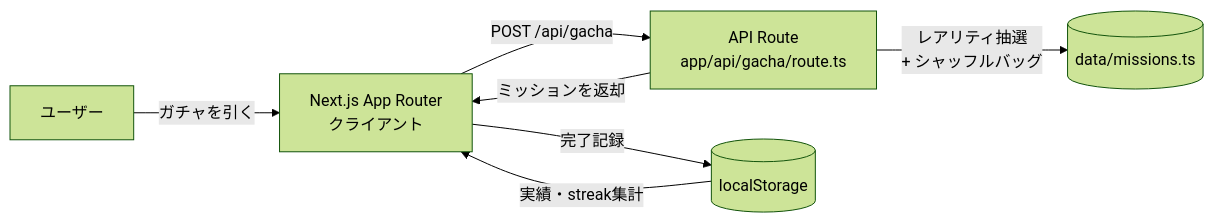
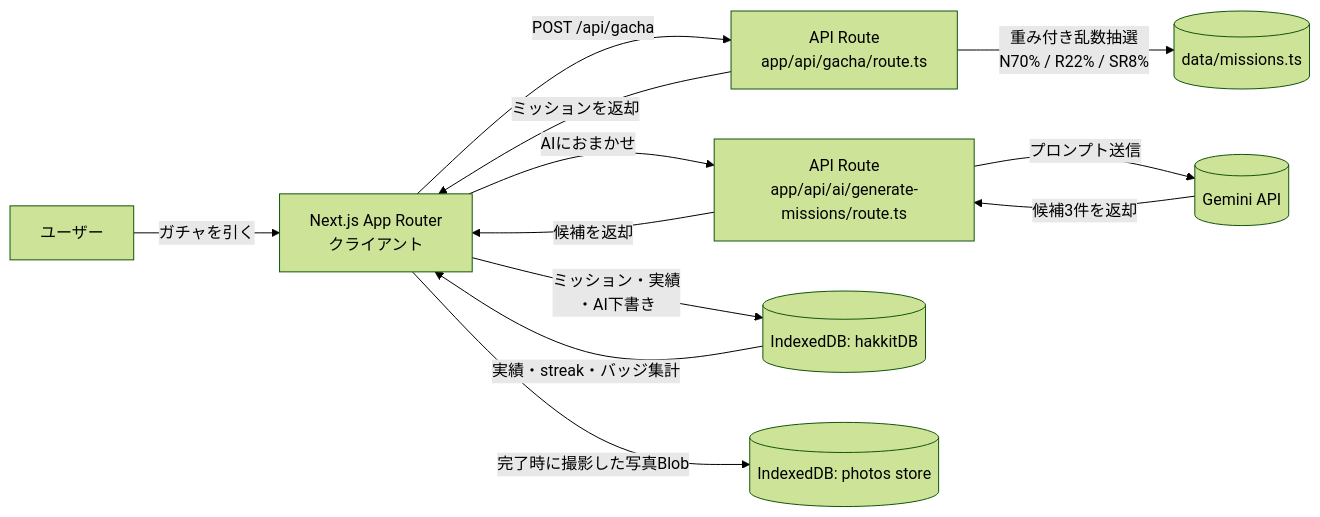
The diagram in README.md (SatouYuusei0704/hakkit), drawn with Mermaid (forest theme) before and after one commit. The commit also changed other lines of this file, not shown here.

````diff
--- a/README.md
+++ b/README.md
@@ -24,9 +24,17 @@
 ```mermaid
 flowchart LR
   User[ユーザー] -->|ガチャを引く| Client[Next.js App Router\nクライアント]
-  Client -->|POST /api/gacha| API[API Route\napp/api/gacha/route.ts]
-  API -->|レアリティ抽選\n+ シャッフルバッグ| Missions[(data/missions.ts)]
-  API -->|ミッションを返却| Client
-  Client -->|完了記録| LocalStorage[(localStorage)]
-  LocalStorage -->|実績・streak集計| Client
+
+  Client -->|POST /api/gacha| GachaAPI[API Route\napp/api/gacha/route.ts]
+  GachaAPI -->|重み付き乱数抽選\nN70% / R22% / SR8%| Missions[(data/missions.ts)]
+  GachaAPI -->|ミッションを返却| Client
+
+  Client -->|AIにおまかせ| AiAPI[API Route\napp/api/ai/generate-missions/route.ts]
+  AiAPI -->|プロンプト送信| Gemini[(Gemini API)]
+  Gemini -->|候補3件を返却| AiAPI
+  AiAPI -->|候補を返却| Client
+
+  Client -->|ミッション・実績\n・AI下書き| IndexedDB[(IndexedDB: hakkitDB)]
+  Client -->|完了時に撮影した写真Blob| PhotoDB[(IndexedDB: photos store)]
+  IndexedDB -->|実績・streak・バッジ集計| Client
 ```
````
